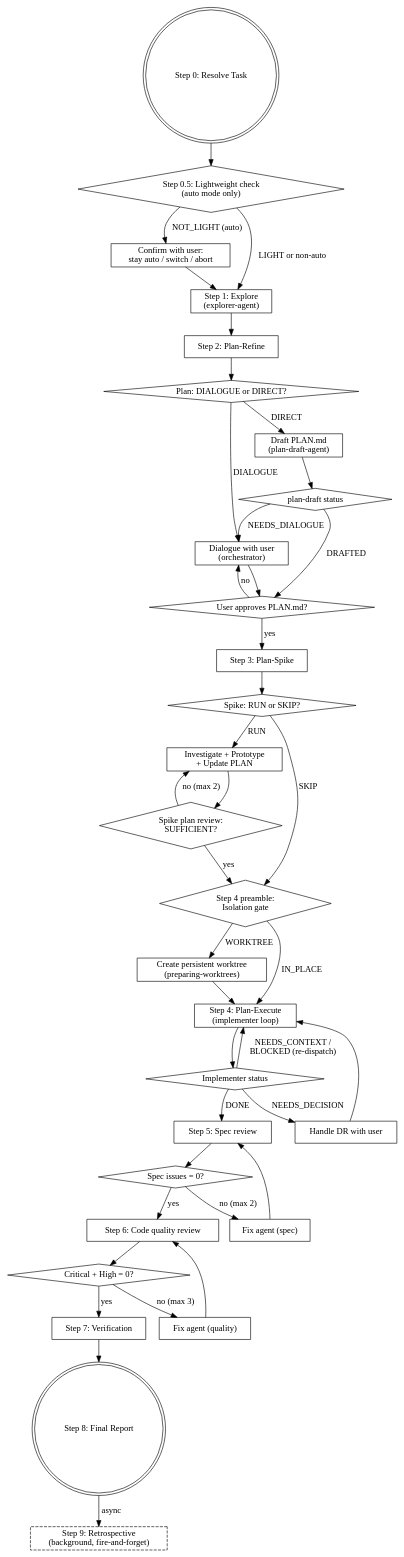
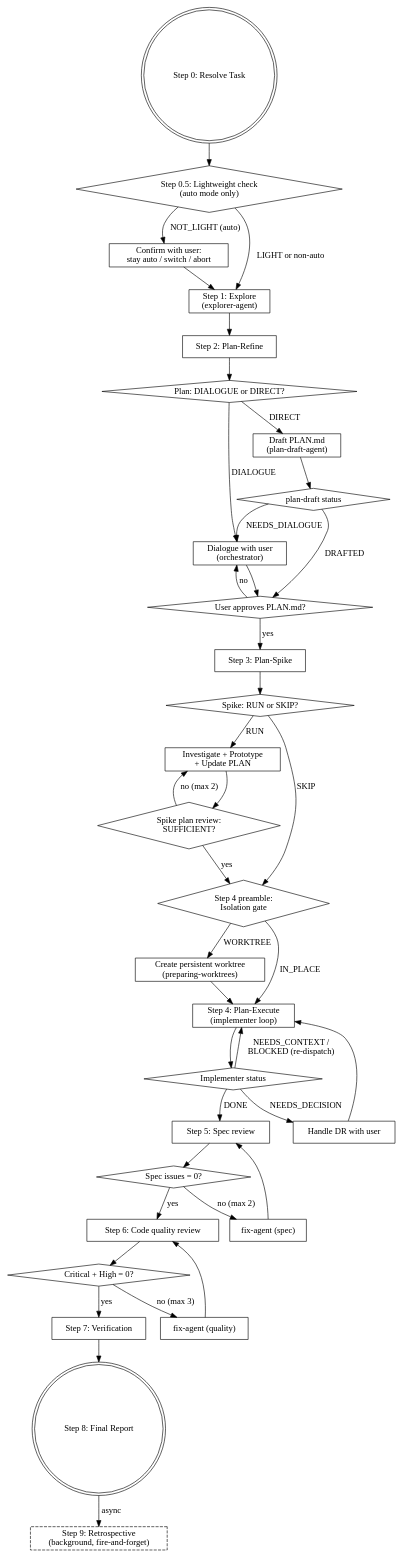
Before and after one commit to matsuyoshi30/dotfiles: the diagram in .agents/skills/devflow/SKILL.md, drawn with Graphviz. The commit also changed other lines of this file and 3 other files, not shown here.

````diff
--- a/.agents/skills/devflow/SKILL.md
+++ b/.agents/skills/devflow/SKILL.md
@@ -19,72 +19,72 @@
 ```dot
 digraph devflow {
     rankdir=TB;
     "Step 0: Resolve Task" [shape=doublecircle];
     "Step 0.5: Lightweight check\n(auto mode only)" [shape=diamond];
     "Confirm with user:\nstay auto / switch / abort" [shape=box];
     "Step 1: Explore\n(explorer-agent)" [shape=box];
     "Step 2: Plan-Refine" [shape=box];
     "Plan: DIALOGUE or DIRECT?" [shape=diamond];
     "Dialogue with user\n(orchestrator)" [shape=box];
     "Draft PLAN.md\n(plan-draft-agent)" [shape=box];
     "plan-draft status" [shape=diamond];
     "User approves PLAN.md?" [shape=diamond];
     "Step 3: Plan-Spike" [shape=box];
     "Spike: RUN or SKIP?" [shape=diamond];
     "Investigate + Prototype\n+ Update PLAN" [shape=box];
     "Spike plan review:\nSUFFICIENT?" [shape=diamond];
     "Step 4 preamble:\nIsolation gate" [shape=diamond];
     "Create persistent worktree\n(preparing-worktrees)" [shape=box];
     "Step 4: Plan-Execute\n(implementer loop)" [shape=box];
     "Implementer status" [shape=diamond];
     "Handle DR with user" [shape=box];
     "Step 5: Spec review" [shape=box];
     "Spec issues = 0?" [shape=diamond];
-    "Fix agent (spec)" [shape=box];
+    "fix-agent (spec)" [shape=box];
     "Step 6: Code quality review" [shape=box];
     "Critical + High = 0?" [shape=diamond];
-    "Fix agent (quality)" [shape=box];
+    "fix-agent (quality)" [shape=box];
     "Step 7: Verification" [shape=box];
     "Step 8: Final Report" [shape=doublecircle];
     "Step 9: Retrospective\n(background, fire-and-forget)" [shape=box, style=dashed];
 
     "Step 0: Resolve Task" -> "Step 0.5: Lightweight check\n(auto mode only)";
     "Step 0.5: Lightweight check\n(auto mode only)" -> "Step 1: Explore\n(explorer-agent)" [label="LIGHT or non-auto"];
     "Step 0.5: Lightweight check\n(auto mode only)" -> "Confirm with user:\nstay auto / switch / abort" [label="NOT_LIGHT (auto)"];
     "Confirm with user:\nstay auto / switch / abort" -> "Step 1: Explore\n(explorer-agent)";
     "Step 1: Explore\n(explorer-agent)" -> "Step 2: Plan-Refine";
     "Step 2: Plan-Refine" -> "Plan: DIALOGUE or DIRECT?";
     "Plan: DIALOGUE or DIRECT?" -> "Dialogue with user\n(orchestrator)" [label="DIALOGUE"];
     "Plan: DIALOGUE or DIRECT?" -> "Draft PLAN.md\n(plan-draft-agent)" [label="DIRECT"];
     "Dialogue with user\n(orchestrator)" -> "User approves PLAN.md?";
     "Draft PLAN.md\n(plan-draft-agent)" -> "plan-draft status";
     "plan-draft status" -> "User approves PLAN.md?" [label="DRAFTED"];
     "plan-draft status" -> "Dialogue with user\n(orchestrator)" [label="NEEDS_DIALOGUE"];
     "User approves PLAN.md?" -> "Dialogue with user\n(orchestrator)" [label="no"];
     "User approves PLAN.md?" -> "Step 3: Plan-Spike" [label="yes"];
     "Step 3: Plan-Spike" -> "Spike: RUN or SKIP?";
     "Spike: RUN or SKIP?" -> "Investigate + Prototype\n+ Update PLAN" [label="RUN"];
     "Spike: RUN or SKIP?" -> "Step 4 preamble:\nIsolation gate" [label="SKIP"];
     "Investigate + Prototype\n+ Update PLAN" -> "Spike plan review:\nSUFFICIENT?";
     "Spike plan review:\nSUFFICIENT?" -> "Investigate + Prototype\n+ Update PLAN" [label="no (max 2)"];
     "Spike plan review:\nSUFFICIENT?" -> "Step 4 preamble:\nIsolation gate" [label="yes"];
     "Step 4 preamble:\nIsolation gate" -> "Create persistent worktree\n(preparing-worktrees)" [label="WORKTREE"];
     "Step 4 preamble:\nIsolation gate" -> "Step 4: Plan-Execute\n(implementer loop)" [label="IN_PLACE"];
     "Create persistent worktree\n(preparing-worktrees)" -> "Step 4: Plan-Execute\n(implementer loop)";
     "Step 4: Plan-Execute\n(implementer loop)" -> "Implementer status";
     "Implementer status" -> "Step 5: Spec review" [label="DONE"];
     "Implementer status" -> "Handle DR with user" [label="NEEDS_DECISION"];
     "Handle DR with user" -> "Step 4: Plan-Execute\n(implementer loop)";
     "Implementer status" -> "Step 4: Plan-Execute\n(implementer loop)" [label="NEEDS_CONTEXT /\nBLOCKED (re-dispatch)"];
     "Step 5: Spec review" -> "Spec issues = 0?";
-    "Spec issues = 0?" -> "Fix agent (spec)" [label="no (max 2)"];
-    "Fix agent (spec)" -> "Step 5: Spec review";
+    "Spec issues = 0?" -> "fix-agent (spec)" [label="no (max 2)"];
+    "fix-agent (spec)" -> "Step 5: Spec review";
     "Spec issues = 0?" -> "Step 6: Code quality review" [label="yes"];
     "Step 6: Code quality review" -> "Critical + High = 0?";
-    "Critical + High = 0?" -> "Fix agent (quality)" [label="no (max 3)"];
-    "Fix agent (quality)" -> "Step 6: Code quality review";
+    "Critical + High = 0?" -> "fix-agent (quality)" [label="no (max 3)"];
+    "fix-agent (quality)" -> "Step 6: Code quality review";
     "Critical + High = 0?" -> "Step 7: Verification" [label="yes"];
     "Step 7: Verification" -> "Step 8: Final Report";
     "Step 8: Final Report" -> "Step 9: Retrospective\n(background, fire-and-forget)" [label="async"];
 }
 ```
````
